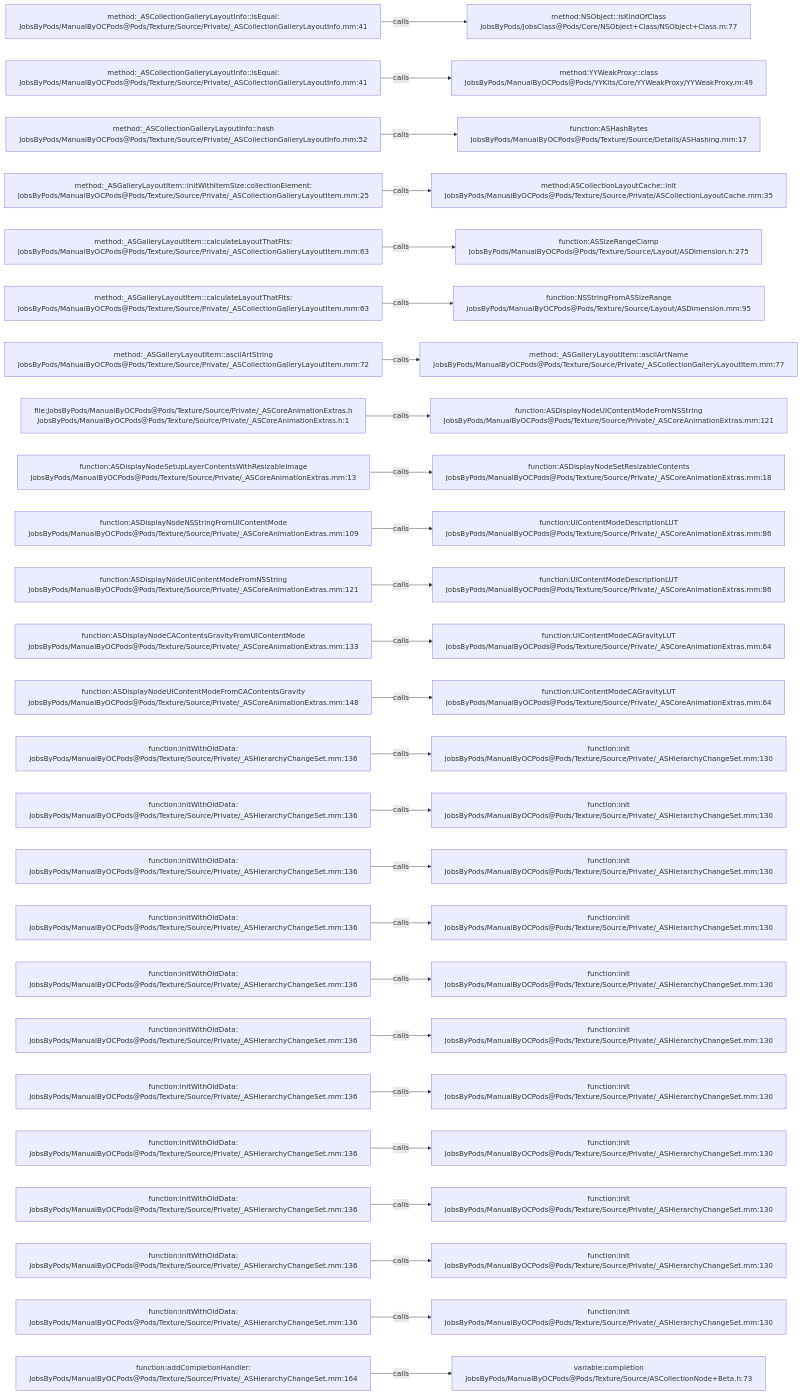
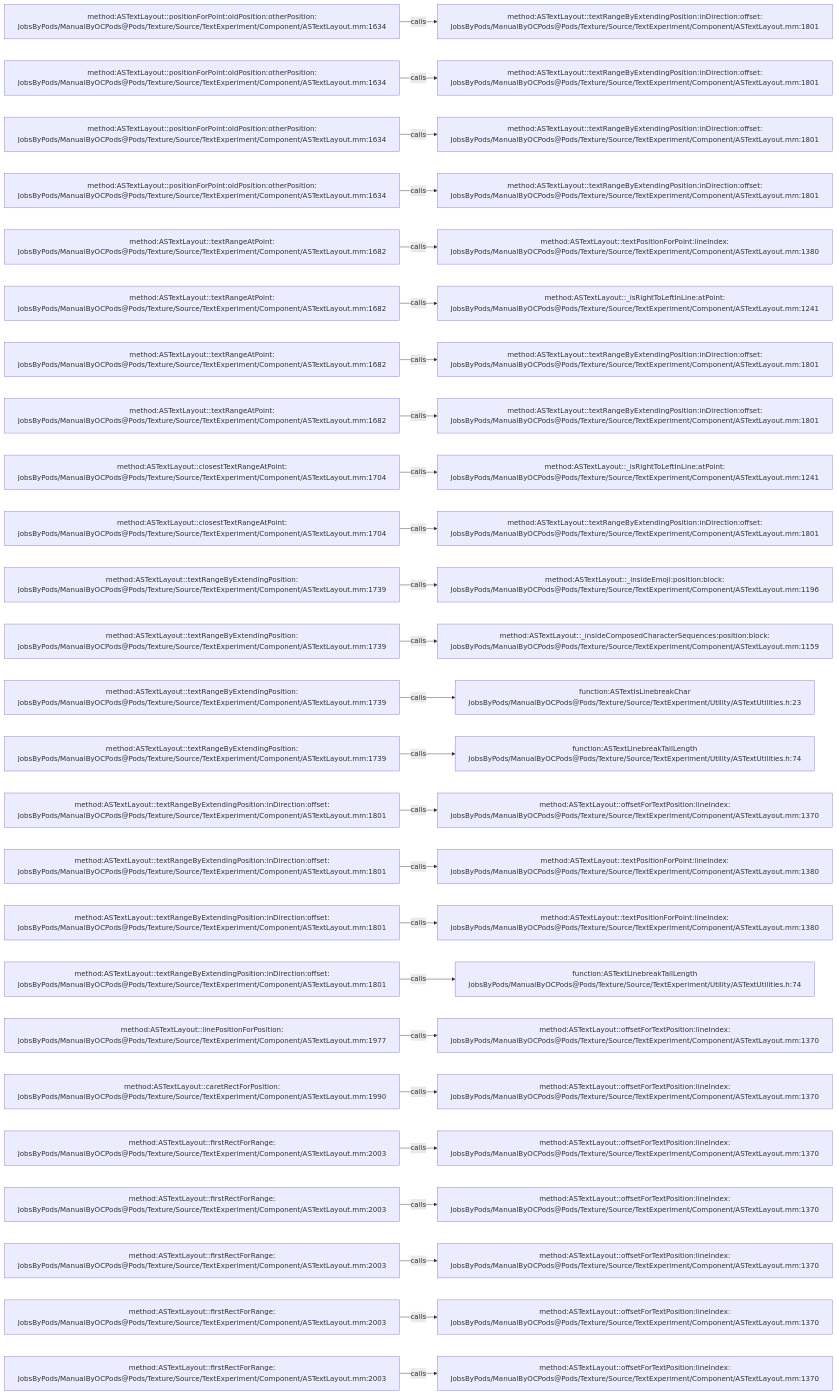
The diagram in .codegraph/codegraph.md/graphs/calls-195.md (JobsKits/JobsOCBaseConfigDemo), drawn with Mermaid before and after one commit. The commit also changed 1448 other files, not shown here.

````diff
--- a/.codegraph/codegraph.md/graphs/calls-195.md
+++ b/.codegraph/codegraph.md/graphs/calls-195.md
@@ -13,78 +13,78 @@
 ```mermaid
 flowchart LR
-  S1["method:_ASCollectionGalleryLayoutInfo::isEqual:<br/>JobsByPods/ManualByOCPods@Pods/Texture/Source/Private/_ASCollectionGalleryLayoutInfo.mm:41"]
-  T1["method:NSObject::isKindOfClass<br/>JobsByPods/JobsClass@Pods/Core/NSObject+Class/NSObject+Class.m:77"]
+  S1["method:ASTextLayout::positionForPoint:oldPosition:otherPosition:<br/>JobsByPods/ManualByOCPods@Pods/Texture/Source/TextExperiment/Component/ASTextLayout.mm:1634"]
+  T1["method:ASTextLayout::textRangeByExtendingPosition:inDirection:offset:<br/>JobsByPods/ManualByOCPods@Pods/Texture/Source/TextExperiment/Component/ASTextLayout.mm:1801"]
   S1 -->|calls| T1
-  S2["method:_ASCollectionGalleryLayoutInfo::isEqual:<br/>JobsByPods/ManualByOCPods@Pods/Texture/Source/Private/_ASCollectionGalleryLayoutInfo.mm:41"]
-  T2["method:YYWeakProxy::class<br/>JobsByPods/ManualByOCPods@Pods/YYKits/Core/YYWeakProxy/YYWeakProxy.m:49"]
+  S2["method:ASTextLayout::positionForPoint:oldPosition:otherPosition:<br/>JobsByPods/ManualByOCPods@Pods/Texture/Source/TextExperiment/Component/ASTextLayout.mm:1634"]
+  T2["method:ASTextLayout::textRangeByExtendingPosition:inDirection:offset:<br/>JobsByPods/ManualByOCPods@Pods/Texture/Source/TextExperiment/Component/ASTextLayout.mm:1801"]
   S2 -->|calls| T2
-  S3["method:_ASCollectionGalleryLayoutInfo::hash<br/>JobsByPods/ManualByOCPods@Pods/Texture/Source/Private/_ASCollectionGalleryLayoutInfo.mm:52"]
-  T3["function:ASHashBytes<br/>JobsByPods/ManualByOCPods@Pods/Texture/Source/Details/ASHashing.mm:17"]
+  S3["method:ASTextLayout::positionForPoint:oldPosition:otherPosition:<br/>JobsByPods/ManualByOCPods@Pods/Texture/Source/TextExperiment/Component/ASTextLayout.mm:1634"]
+  T3["method:ASTextLayout::textRangeByExtendingPosition:inDirection:offset:<br/>JobsByPods/ManualByOCPods@Pods/Texture/Source/TextExperiment/Component/ASTextLayout.mm:1801"]
   S3 -->|calls| T3
-  S4["method:_ASGalleryLayoutItem::initWithItemSize:collectionElement:<br/>JobsByPods/ManualByOCPods@Pods/Texture/Source/Private/_ASCollectionGalleryLayoutItem.mm:25"]
-  T4["method:ASCollectionLayoutCache::init<br/>JobsByPods/ManualByOCPods@Pods/Texture/Source/Private/ASCollectionLayoutCache.mm:35"]
+  S4["method:ASTextLayout::positionForPoint:oldPosition:otherPosition:<br/>JobsByPods/ManualByOCPods@Pods/Texture/Source/TextExperiment/Component/ASTextLayout.mm:1634"]
+  T4["method:ASTextLayout::textRangeByExtendingPosition:inDirection:offset:<br/>JobsByPods/ManualByOCPods@Pods/Texture/Source/TextExperiment/Component/ASTextLayout.mm:1801"]
   S4 -->|calls| T4
-  S5["method:_ASGalleryLayoutItem::calculateLayoutThatFits:<br/>JobsByPods/ManualByOCPods@Pods/Texture/Source/Private/_ASCollectionGalleryLayoutItem.mm:63"]
-  T5["function:ASSizeRangeClamp<br/>JobsByPods/ManualByOCPods@Pods/Texture/Source/Layout/ASDimension.h:275"]
+  S5["method:ASTextLayout::textRangeAtPoint:<br/>JobsByPods/ManualByOCPods@Pods/Texture/Source/TextExperiment/Component/ASTextLayout.mm:1682"]
+  T5["method:ASTextLayout::textPositionForPoint:lineIndex:<br/>JobsByPods/ManualByOCPods@Pods/Texture/Source/TextExperiment/Component/ASTextLayout.mm:1380"]
   S5 -->|calls| T5
-  S6["method:_ASGalleryLayoutItem::calculateLayoutThatFits:<br/>JobsByPods/ManualByOCPods@Pods/Texture/Source/Private/_ASCollectionGalleryLayoutItem.mm:63"]
-  T6["function:NSStringFromASSizeRange<br/>JobsByPods/ManualByOCPods@Pods/Texture/Source/Layout/ASDimension.mm:95"]
+  S6["method:ASTextLayout::textRangeAtPoint:<br/>JobsByPods/ManualByOCPods@Pods/Texture/Source/TextExperiment/Component/ASTextLayout.mm:1682"]
+  T6["method:ASTextLayout::_isRightToLeftInLine:atPoint:<br/>JobsByPods/ManualByOCPods@Pods/Texture/Source/TextExperiment/Component/ASTextLayout.mm:1241"]
   S6 -->|calls| T6
-  S7["method:_ASGalleryLayoutItem::asciiArtString<br/>JobsByPods/ManualByOCPods@Pods/Texture/Source/Private/_ASCollectionGalleryLayoutItem.mm:72"]
-  T7["method:_ASGalleryLayoutItem::asciiArtName<br/>JobsByPods/ManualByOCPods@Pods/Texture/Source/Private/_ASCollectionGalleryLayoutItem.mm:77"]
+  S7["method:ASTextLayout::textRangeAtPoint:<br/>JobsByPods/ManualByOCPods@Pods/Texture/Source/TextExperiment/Component/ASTextLayout.mm:1682"]
+  T7["method:ASTextLayout::textRangeByExtendingPosition:inDirection:offset:<br/>JobsByPods/ManualByOCPods@Pods/Texture/Source/TextExperiment/Component/ASTextLayout.mm:1801"]
   S7 -->|calls| T7
-  S8["file:JobsByPods/ManualByOCPods@Pods/Texture/Source/Private/_ASCoreAnimationExtras.h<br/>JobsByPods/ManualByOCPods@Pods/Texture/Source/Private/_ASCoreAnimationExtras.h:1"]
-  T8["function:ASDisplayNodeUIContentModeFromNSString<br/>JobsByPods/ManualByOCPods@Pods/Texture/Source/Private/_ASCoreAnimationExtras.mm:121"]
+  S8["method:ASTextLayout::textRangeAtPoint:<br/>JobsByPods/ManualByOCPods@Pods/Texture/Source/TextExperiment/Component/ASTextLayout.mm:1682"]
+  T8["method:ASTextLayout::textRangeByExtendingPosition:inDirection:offset:<br/>JobsByPods/ManualByOCPods@Pods/Texture/Source/TextExperiment/Component/ASTextLayout.mm:1801"]
   S8 -->|calls| T8
-  S9["function:ASDisplayNodeSetupLayerContentsWithResizableImage<br/>JobsByPods/ManualByOCPods@Pods/Texture/Source/Private/_ASCoreAnimationExtras.mm:13"]
-  T9["function:ASDisplayNodeSetResizableContents<br/>JobsByPods/ManualByOCPods@Pods/Texture/Source/Private/_ASCoreAnimationExtras.mm:18"]
+  S9["method:ASTextLayout::closestTextRangeAtPoint:<br/>JobsByPods/ManualByOCPods@Pods/Texture/Source/TextExperiment/Component/ASTextLayout.mm:1704"]
+  T9["method:ASTextLayout::_isRightToLeftInLine:atPoint:<br/>JobsByPods/ManualByOCPods@Pods/Texture/Source/TextExperiment/Component/ASTextLayout.mm:1241"]
   S9 -->|calls| T9
-  S10["function:ASDisplayNodeNSStringFromUIContentMode<br/>JobsByPods/ManualByOCPods@Pods/Texture/Source/Private/_ASCoreAnimationExtras.mm:109"]
-  T10["function:UIContentModeDescriptionLUT<br/>JobsByPods/ManualByOCPods@Pods/Texture/Source/Private/_ASCoreAnimationExtras.mm:86"]
+  S10["method:ASTextLayout::closestTextRangeAtPoint:<br/>JobsByPods/ManualByOCPods@Pods/Texture/Source/TextExperiment/Component/ASTextLayout.mm:1704"]
+  T10["method:ASTextLayout::textRangeByExtendingPosition:inDirection:offset:<br/>JobsByPods/ManualByOCPods@Pods/Texture/Source/TextExperiment/Component/ASTextLayout.mm:1801"]
   S10 -->|calls| T10
-  S11["function:ASDisplayNodeUIContentModeFromNSString<br/>JobsByPods/ManualByOCPods@Pods/Texture/Source/Private/_ASCoreAnimationExtras.mm:121"]
-  T11["function:UIContentModeDescriptionLUT<br/>JobsByPods/ManualByOCPods@Pods/Texture/Source/Private/_ASCoreAnimationExtras.mm:86"]
+  S11["method:ASTextLayout::textRangeByExtendingPosition:<br/>JobsByPods/ManualByOCPods@Pods/Texture/Source/TextExperiment/Component/ASTextLayout.mm:1739"]
+  T11["method:ASTextLayout::_insideEmoji:position:block:<br/>JobsByPods/ManualByOCPods@Pods/Texture/Source/TextExperiment/Component/ASTextLayout.mm:1196"]
   S11 -->|calls| T11
-  S12["function:ASDisplayNodeCAContentsGravityFromUIContentMode<br/>JobsByPods/ManualByOCPods@Pods/Texture/Source/Private/_ASCoreAnimationExtras.mm:133"]
-  T12["function:UIContentModeCAGravityLUT<br/>JobsByPods/ManualByOCPods@Pods/Texture/Source/Private/_ASCoreAnimationExtras.mm:64"]
+  S12["method:ASTextLayout::textRangeByExtendingPosition:<br/>JobsByPods/ManualByOCPods@Pods/Texture/Source/TextExperiment/Component/ASTextLayout.mm:1739"]
+  T12["method:ASTextLayout::_insideComposedCharacterSequences:position:block:<br/>JobsByPods/ManualByOCPods@Pods/Texture/Source/TextExperiment/Component/ASTextLayout.mm:1159"]
   S12 -->|calls| T12
-  S13["function:ASDisplayNodeUIContentModeFromCAContentsGravity<br/>JobsByPods/ManualByOCPods@Pods/Texture/Source/Private/_ASCoreAnimationExtras.mm:148"]
-  T13["function:UIContentModeCAGravityLUT<br/>JobsByPods/ManualByOCPods@Pods/Texture/Source/Private/_ASCoreAnimationExtras.mm:64"]
+  S13["method:ASTextLayout::textRangeByExtendingPosition:<br/>JobsByPods/ManualByOCPods@Pods/Texture/Source/TextExperiment/Component/ASTextLayout.mm:1739"]
+  T13["function:ASTextIsLinebreakChar<br/>JobsByPods/ManualByOCPods@Pods/Texture/Source/TextExperiment/Utility/ASTextUtilities.h:23"]
   S13 -->|calls| T13
-  S14["function:initWithOldData:<br/>JobsByPods/ManualByOCPods@Pods/Texture/Source/Private/_ASHierarchyChangeSet.mm:136"]
-  T14["function:init<br/>JobsByPods/ManualByOCPods@Pods/Texture/Source/Private/_ASHierarchyChangeSet.mm:130"]
+  S14["method:ASTextLayout::textRangeByExtendingPosition:<br/>JobsByPods/ManualByOCPods@Pods/Texture/Source/TextExperiment/Component/ASTextLayout.mm:1739"]
+  T14["function:ASTextLinebreakTailLength<br/>JobsByPods/ManualByOCPods@Pods/Texture/Source/TextExperiment/Utility/ASTextUtilities.h:74"]
   S14 -->|calls| T14
-  S15["function:initWithOldData:<br/>JobsByPods/ManualByOCPods@Pods/Texture/Source/Private/_ASHierarchyChangeSet.mm:136"]
-  T15["function:init<br/>JobsByPods/ManualByOCPods@Pods/Texture/Source/Private/_ASHierarchyChangeSet.mm:130"]
+  S15["method:ASTextLayout::textRangeByExtendingPosition:inDirection:offset:<br/>JobsByPods/ManualByOCPods@Pods/Texture/Source/TextExperiment/Component/ASTextLayout.mm:1801"]
+  T15["method:ASTextLayout::offsetForTextPosition:lineIndex:<br/>JobsByPods/ManualByOCPods@Pods/Texture/Source/TextExperiment/Component/ASTextLayout.mm:1370"]
   S15 -->|calls| T15
-  S16["function:initWithOldData:<br/>JobsByPods/ManualByOCPods@Pods/Texture/Source/Private/_ASHierarchyChangeSet.mm:136"]
-  T16["function:init<br/>JobsByPods/ManualByOCPods@Pods/Texture/Source/Private/_ASHierarchyChangeSet.mm:130"]
+  S16["method:ASTextLayout::textRangeByExtendingPosition:inDirection:offset:<br/>JobsByPods/ManualByOCPods@Pods/Texture/Source/TextExperiment/Component/ASTextLayout.mm:1801"]
+  T16["method:ASTextLayout::textPositionForPoint:lineIndex:<br/>JobsByPods/ManualByOCPods@Pods/Texture/Source/TextExperiment/Component/ASTextLayout.mm:1380"]
   S16 -->|calls| T16
-  S17["function:initWithOldData:<br/>JobsByPods/ManualByOCPods@Pods/Texture/Source/Private/_ASHierarchyChangeSet.mm:136"]
-  T17["function:init<br/>JobsByPods/ManualByOCPods@Pods/Texture/Source/Private/_ASHierarchyChangeSet.mm:130"]
+  S17["method:ASTextLayout::textRangeByExtendingPosition:inDirection:offset:<br/>JobsByPods/ManualByOCPods@Pods/Texture/Source/TextExperiment/Component/ASTextLayout.mm:1801"]
+  T17["method:ASTextLayout::textPositionForPoint:lineIndex:<br/>JobsByPods/ManualByOCPods@Pods/Texture/Source/TextExperiment/Component/ASTextLayout.mm:1380"]
   S17 -->|calls| T17
-  S18["function:initWithOldData:<br/>JobsByPods/ManualByOCPods@Pods/Texture/Source/Private/_ASHierarchyChangeSet.mm:136"]
-  T18["function:init<br/>JobsByPods/ManualByOCPods@Pods/Texture/Source/Private/_ASHierarchyChangeSet.mm:130"]
+  S18["method:ASTextLayout::textRangeByExtendingPosition:inDirection:offset:<br/>JobsByPods/ManualByOCPods@Pods/Texture/Source/TextExperiment/Component/ASTextLayout.mm:1801"]
+  T18["function:ASTextLinebreakTailLength<br/>JobsByPods/ManualByOCPods@Pods/Texture/Source/TextExperiment/Utility/ASTextUtilities.h:74"]
   S18 -->|calls| T18
-  S19["function:initWithOldData:<br/>JobsByPods/ManualByOCPods@Pods/Texture/Source/Private/_ASHierarchyChangeSet.mm:136"]
-  T19["function:init<br/>JobsByPods/ManualByOCPods@Pods/Texture/Source/Private/_ASHierarchyChangeSet.mm:130"]
+  S19["method:ASTextLayout::linePositionForPosition:<br/>JobsByPods/ManualByOCPods@Pods/Texture/Source/TextExperiment/Component/ASTextLayout.mm:1977"]
+  T19["method:ASTextLayout::offsetForTextPosition:lineIndex:<br/>JobsByPods/ManualByOCPods@Pods/Texture/Source/TextExperiment/Component/ASTextLayout.mm:1370"]
   S19 -->|calls| T19
-  S20["function:initWithOldData:<br/>JobsByPods/ManualByOCPods@Pods/Texture/Source/Private/_ASHierarchyChangeSet.mm:136"]
-  T20["function:init<br/>JobsByPods/ManualByOCPods@Pods/Texture/Source/Private/_ASHierarchyChangeSet.mm:130"]
+  S20["method:ASTextLayout::caretRectForPosition:<br/>JobsByPods/ManualByOCPods@Pods/Texture/Source/TextExperiment/Component/ASTextLayout.mm:1990"]
+  T20["method:ASTextLayout::offsetForTextPosition:lineIndex:<br/>JobsByPods/ManualByOCPods@Pods/Texture/Source/TextExperiment/Component/ASTextLayout.mm:1370"]
   S20 -->|calls| T20
-  S21["function:initWithOldData:<br/>JobsByPods/ManualByOCPods@Pods/Texture/Source/Private/_ASHierarchyChangeSet.mm:136"]
-  T21["function:init<br/>JobsByPods/ManualByOCPods@Pods/Texture/Source/Private/_ASHierarchyChangeSet.mm:130"]
+  S21["method:ASTextLayout::firstRectForRange:<br/>JobsByPods/ManualByOCPods@Pods/Texture/Source/TextExperiment/Component/ASTextLayout.mm:2003"]
+  T21["method:ASTextLayout::offsetForTextPosition:lineIndex:<br/>JobsByPods/ManualByOCPods@Pods/Texture/Source/TextExperiment/Component/ASTextLayout.mm:1370"]
   S21 -->|calls| T21
-  S22["function:initWithOldData:<br/>JobsByPods/ManualByOCPods@Pods/Texture/Source/Private/_ASHierarchyChangeSet.mm:136"]
-  T22["function:init<br/>JobsByPods/ManualByOCPods@Pods/Texture/Source/Private/_ASHierarchyChangeSet.mm:130"]
+  S22["method:ASTextLayout::firstRectForRange:<br/>JobsByPods/ManualByOCPods@Pods/Texture/Source/TextExperiment/Component/ASTextLayout.mm:2003"]
+  T22["method:ASTextLayout::offsetForTextPosition:lineIndex:<br/>JobsByPods/ManualByOCPods@Pods/Texture/Source/TextExperiment/Component/ASTextLayout.mm:1370"]
   S22 -->|calls| T22
-  S23["function:initWithOldData:<br/>JobsByPods/ManualByOCPods@Pods/Texture/Source/Private/_ASHierarchyChangeSet.mm:136"]
-  T23["function:init<br/>JobsByPods/ManualByOCPods@Pods/Texture/Source/Private/_ASHierarchyChangeSet.mm:130"]
+  S23["method:ASTextLayout::firstRectForRange:<br/>JobsByPods/ManualByOCPods@Pods/Texture/Source/TextExperiment/Component/ASTextLayout.mm:2003"]
+  T23["method:ASTextLayout::offsetForTextPosition:lineIndex:<br/>JobsByPods/ManualByOCPods@Pods/Texture/Source/TextExperiment/Component/ASTextLayout.mm:1370"]
   S23 -->|calls| T23
-  S24["function:initWithOldData:<br/>JobsByPods/ManualByOCPods@Pods/Texture/Source/Private/_ASHierarchyChangeSet.mm:136"]
-  T24["function:init<br/>JobsByPods/ManualByOCPods@Pods/Texture/Source/Private/_ASHierarchyChangeSet.mm:130"]
+  S24["method:ASTextLayout::firstRectForRange:<br/>JobsByPods/ManualByOCPods@Pods/Texture/Source/TextExperiment/Component/ASTextLayout.mm:2003"]
+  T24["method:ASTextLayout::offsetForTextPosition:lineIndex:<br/>JobsByPods/ManualByOCPods@Pods/Texture/Source/TextExperiment/Component/ASTextLayout.mm:1370"]
   S24 -->|calls| T24
-  S25["function:addCompletionHandler:<br/>JobsByPods/ManualByOCPods@Pods/Texture/Source/Private/_ASHierarchyChangeSet.mm:164"]
-  T25["variable:completion<br/>JobsByPods/ManualByOCPods@Pods/Texture/Source/ASCollectionNode+Beta.h:73"]
+  S25["method:ASTextLayout::firstRectForRange:<br/>JobsByPods/ManualByOCPods@Pods/Texture/Source/TextExperiment/Component/ASTextLayout.mm:2003"]
+  T25["method:ASTextLayout::offsetForTextPosition:lineIndex:<br/>JobsByPods/ManualByOCPods@Pods/Texture/Source/TextExperiment/Component/ASTextLayout.mm:1370"]
   S25 -->|calls| T25
 ```
````
